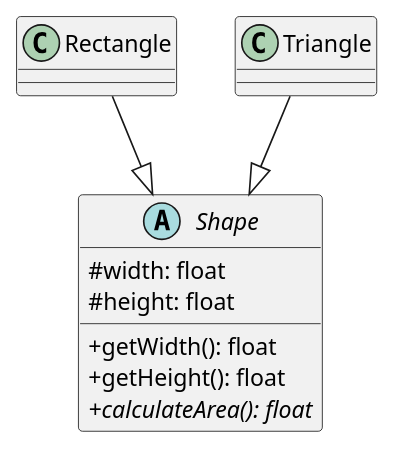
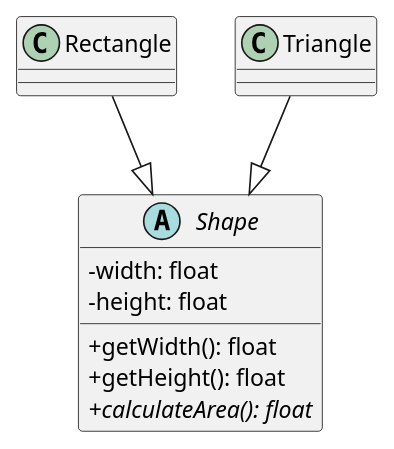
The diagram in nivell_1/exercici_2/diagram.puml (alangiralt-dot/tasca_s1_05), drawn with PlantUML before and after one commit.

Commit message:
docs: update visibility of the Shape properties

```diff
--- a/nivell_1/exercici_2/diagram.puml
+++ b/nivell_1/exercici_2/diagram.puml
@@ -1,14 +1,14 @@
 @startuml
 skinparam classAttributeIconSize 0
 abstract class Shape{
-    # width: float
-    # height: float
+    - width: float
+    - height: float
     + getWidth(): float
     + getHeight(): float
     + {abstract} calculateArea(): float
 }
 class Rectangle
 class Triangle
 Rectangle --|> Shape
 Triangle --|> Shape
 @enduml
```
